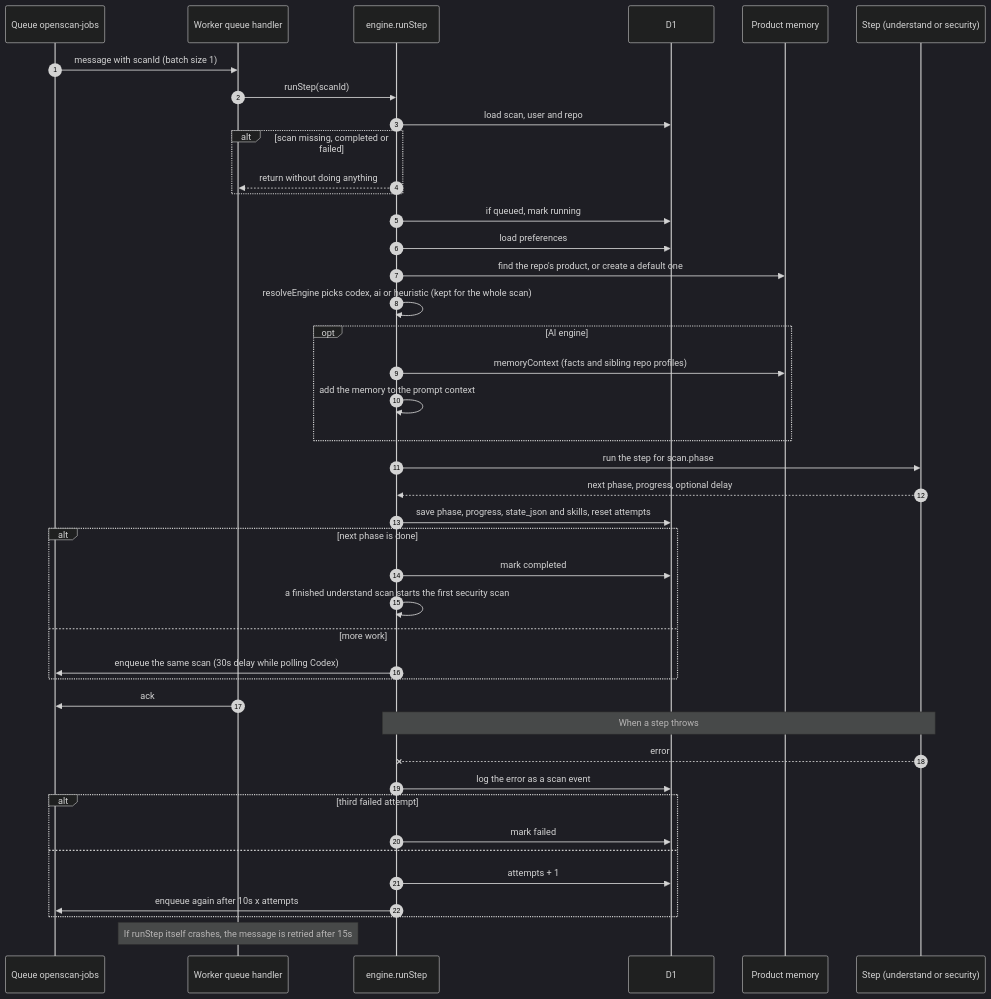
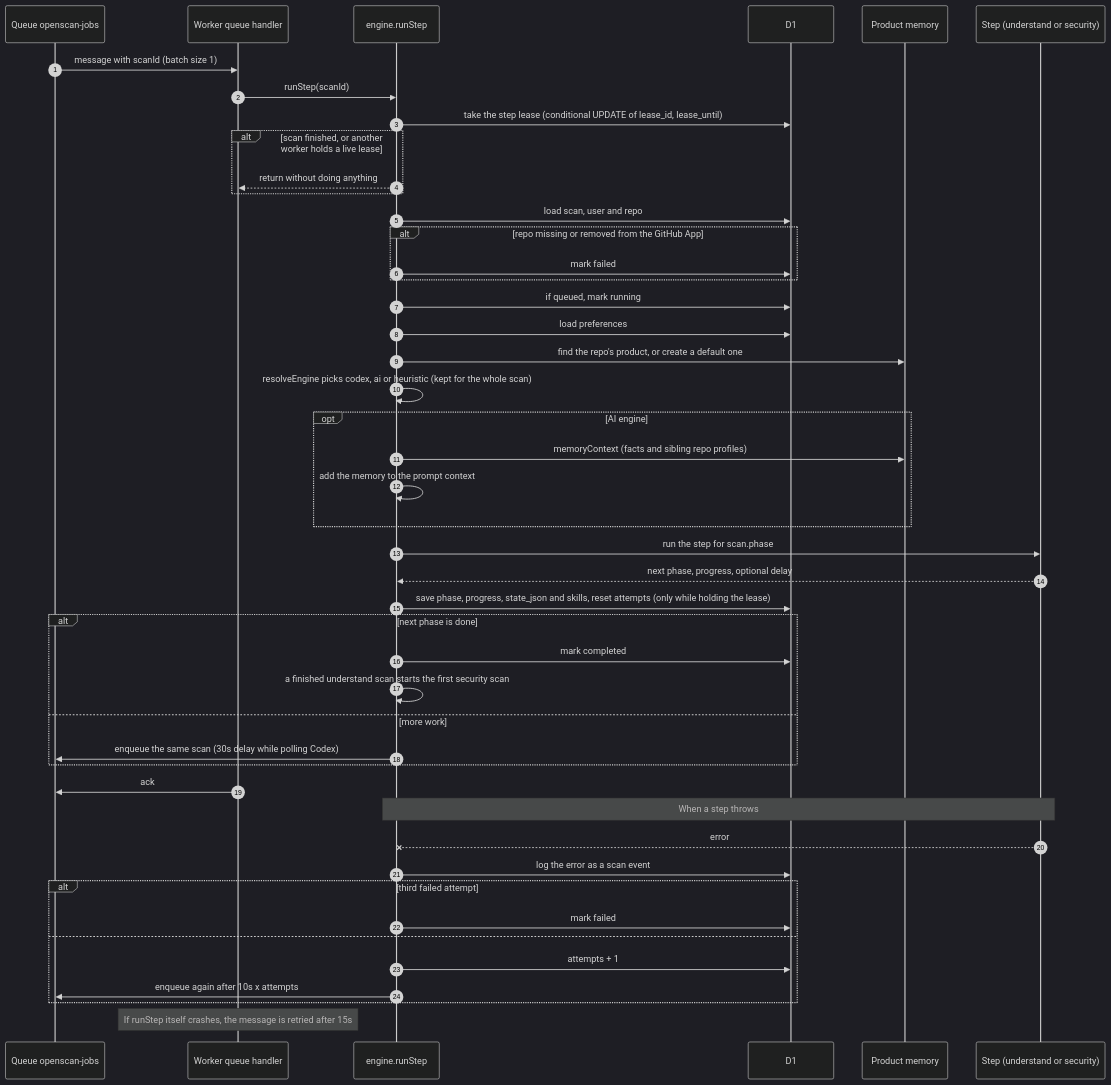
One commit to vhgn/openscan changed the second of 6 diagrams in README.md. Above: the diagram before and after it, drawn with Mermaid (dark theme). The commit also changed other lines of this file and 9 other files, not shown here.

First line of the commit message:
Keep scan history when repos leave the GitHub App; lease scan steps

````diff
--- a/README.md
+++ b/README.md
@@ -283,46 +283,50 @@
 ```mermaid
 sequenceDiagram
     autonumber
     participant Q as Queue openscan-jobs
     participant W as Worker queue handler
     participant E as engine.runStep
     participant D as D1
     participant P as Product memory
     participant X as Step (understand or security)
 
     Q->>W: message with scanId (batch size 1)
     W->>E: runStep(scanId)
+    E->>D: take the step lease (conditional UPDATE of lease_id, lease_until)
+    alt scan finished, or another worker holds a live lease
+        E-->>W: return without doing anything
+    end
     E->>D: load scan, user and repo
-    alt scan missing, completed or failed
-        E-->>W: return without doing anything
+    alt repo missing or removed from the GitHub App
+        E->>D: mark failed
     end
     E->>D: if queued, mark running
     E->>D: load preferences
     E->>P: find the repo's product, or create a default one
     E->>E: resolveEngine picks codex, ai or heuristic (kept for the whole scan)
     opt AI engine
         E->>P: memoryContext (facts and sibling repo profiles)
         E->>E: add the memory to the prompt context
     end
     E->>X: run the step for scan.phase
     X-->>E: next phase, progress, optional delay
-    E->>D: save phase, progress, state_json and skills, reset attempts
+    E->>D: save phase, progress, state_json and skills, reset attempts (only while holding the lease)
     alt next phase is done
         E->>D: mark completed
         E->>E: a finished understand scan starts the first security scan
     else more work
         E->>Q: enqueue the same scan (30s delay while polling Codex)
     end
     W->>Q: ack
 
     Note over E,X: When a step throws
     X--xE: error
     E->>D: log the error as a scan event
     alt third failed attempt
         E->>D: mark failed
     else
         E->>D: attempts + 1
         E->>Q: enqueue again after 10s x attempts
     end
     Note over W: If runStep itself crashes, the message is retried after 15s
 ```
````
